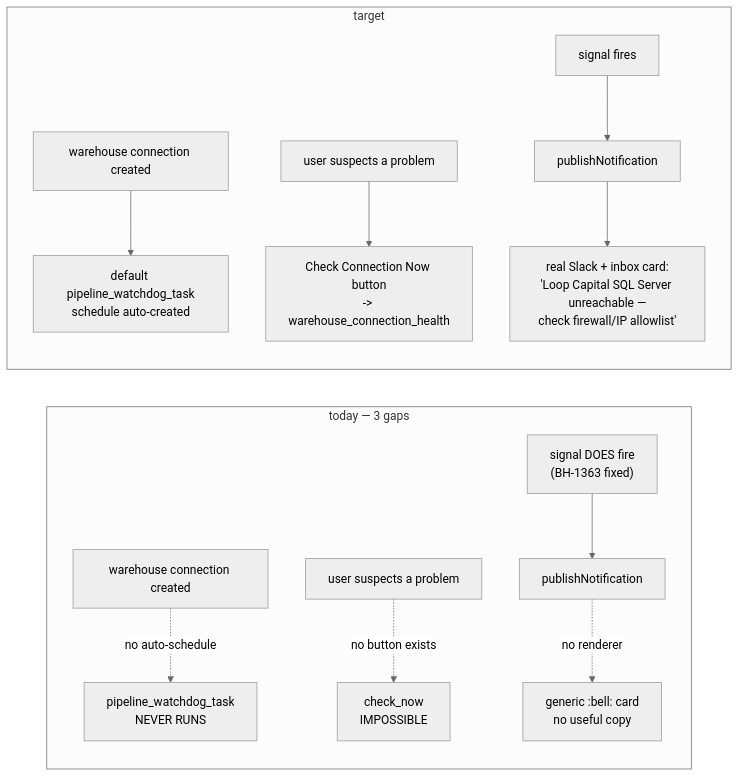
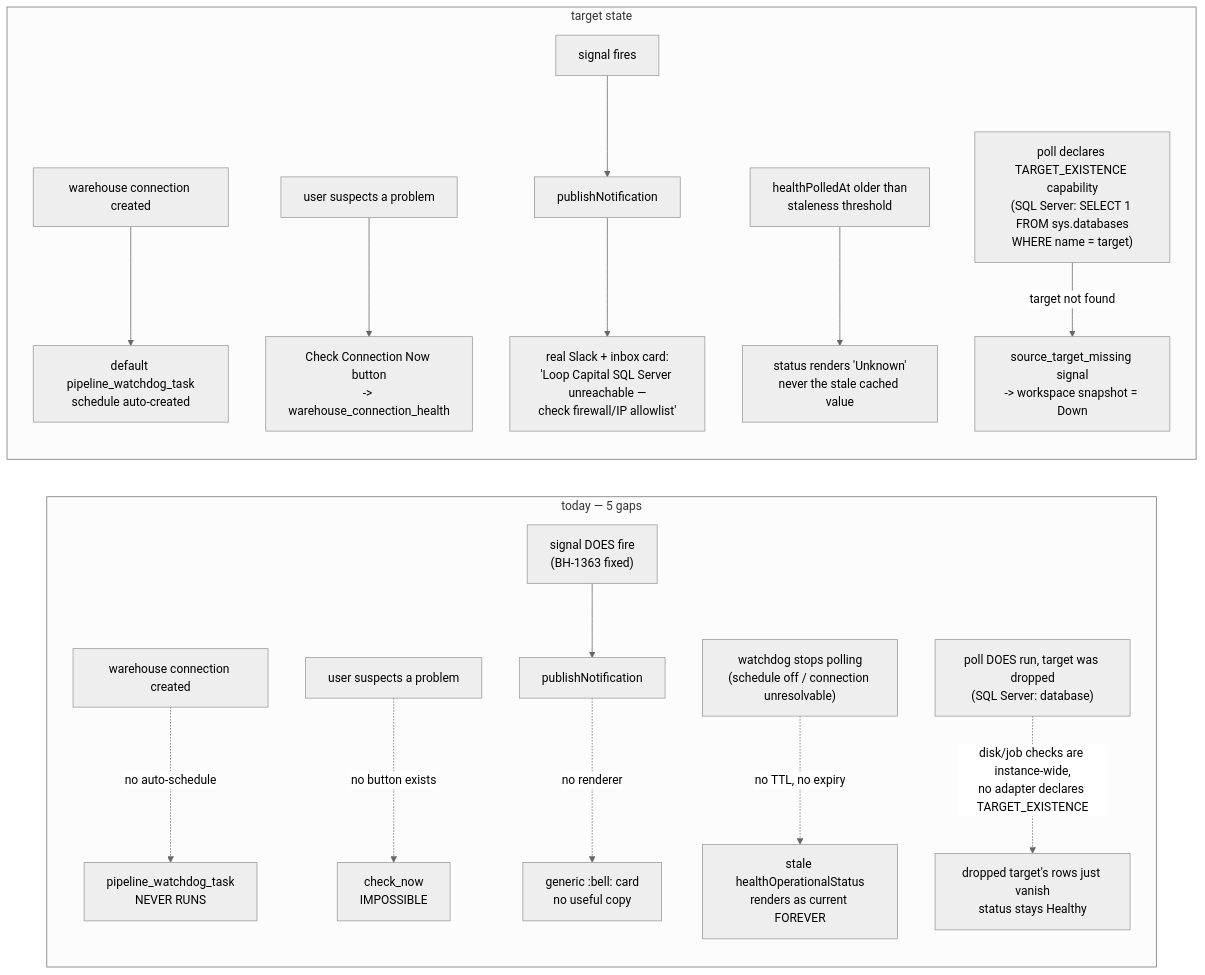
The first of 2 diagrams in docs/specs/warehouse-connectivity-monitoring-alerts.md (brighthive/agentic-project-mgmt), drawn with Mermaid (neutral theme) before and after one commit. The commit also changed other lines of this file, not shown here.

First line of the commit message:
docs(spec): add staleness and target-existence gaps to warehouse monitoring (BH-1367) (#178)

````diff
--- a/docs/specs/warehouse-connectivity-monitoring-alerts.md
+++ b/docs/specs/warehouse-connectivity-monitoring-alerts.md
@@ -74,13 +131,17 @@
 ```mermaid
 flowchart LR
-  subgraph today["today — 3 gaps"]
+  subgraph today["today — 5 gaps"]
     A["warehouse connection created"] -.->|"no auto-schedule"| B["pipeline_watchdog_task<br/>NEVER RUNS"]
     C["user suspects a problem"] -.->|"no button exists"| D["check_now<br/>IMPOSSIBLE"]
     E["signal DOES fire<br/>(BH-1363 fixed)"] --> F["publishNotification"] -.->|"no renderer"| G["generic :bell: card<br/>no useful copy"]
+    H["watchdog stops polling<br/>(schedule off / connection unresolvable)"] -.->|"no TTL, no expiry"| I["stale healthOperationalStatus<br/>renders as current FOREVER"]
+    J["poll DOES run, target was dropped<br/>(SQL Server: database)"] -.->|"disk/job checks are instance-wide,<br/>no adapter declares TARGET_EXISTENCE"| K["dropped target's rows just vanish<br/>status stays Healthy"]
   end
-  subgraph target["target"]
+  subgraph goal["target state"]
     A2["warehouse connection created"] --> B2["default pipeline_watchdog_task<br/>schedule auto-created"]
     C2["user suspects a problem"] --> D2["Check Connection Now button<br/>-> warehouse_connection_health"]
     E2["signal fires"] --> F2["publishNotification"] --> G2["real Slack + inbox card:<br/>'Loop Capital SQL Server unreachable —<br/>check firewall/IP allowlist'"]
+    H2["healthPolledAt older than<br/>staleness threshold"] --> I2["status renders 'Unknown'<br/>never the stale cached value"]
+    J2["poll declares TARGET_EXISTENCE capability<br/>(SQL Server: SELECT 1 FROM sys.databases<br/>WHERE name = target)"] -->|"target not found"| K2["source_target_missing signal<br/>-> workspace snapshot = Down"]
   end
 ```
````
